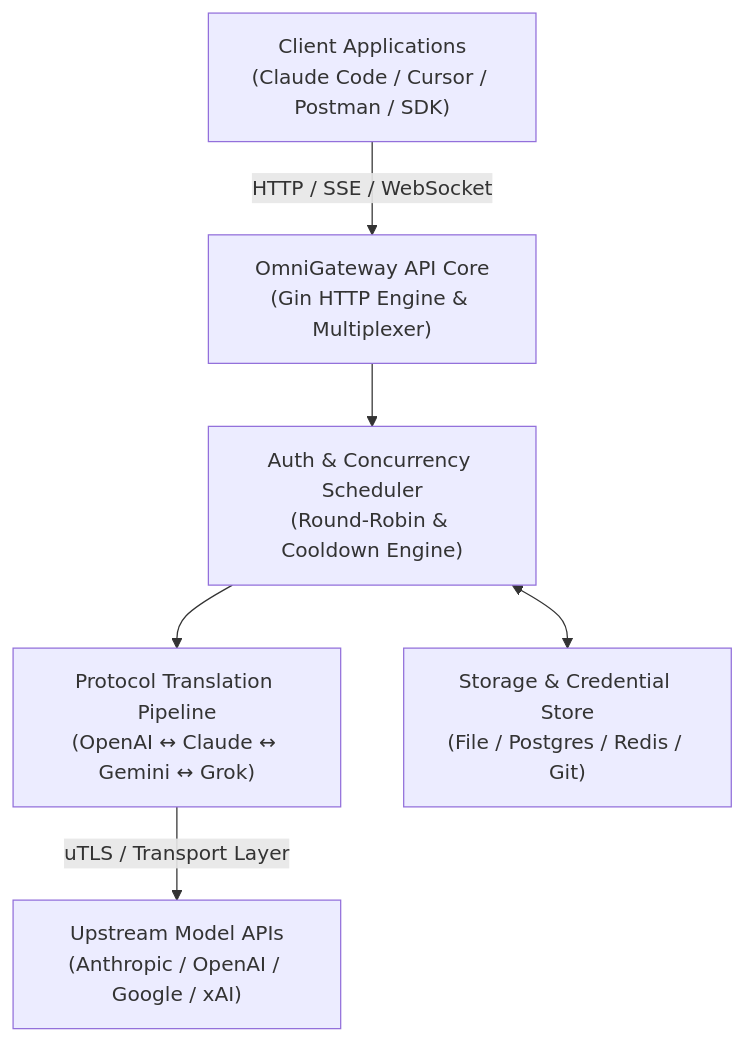
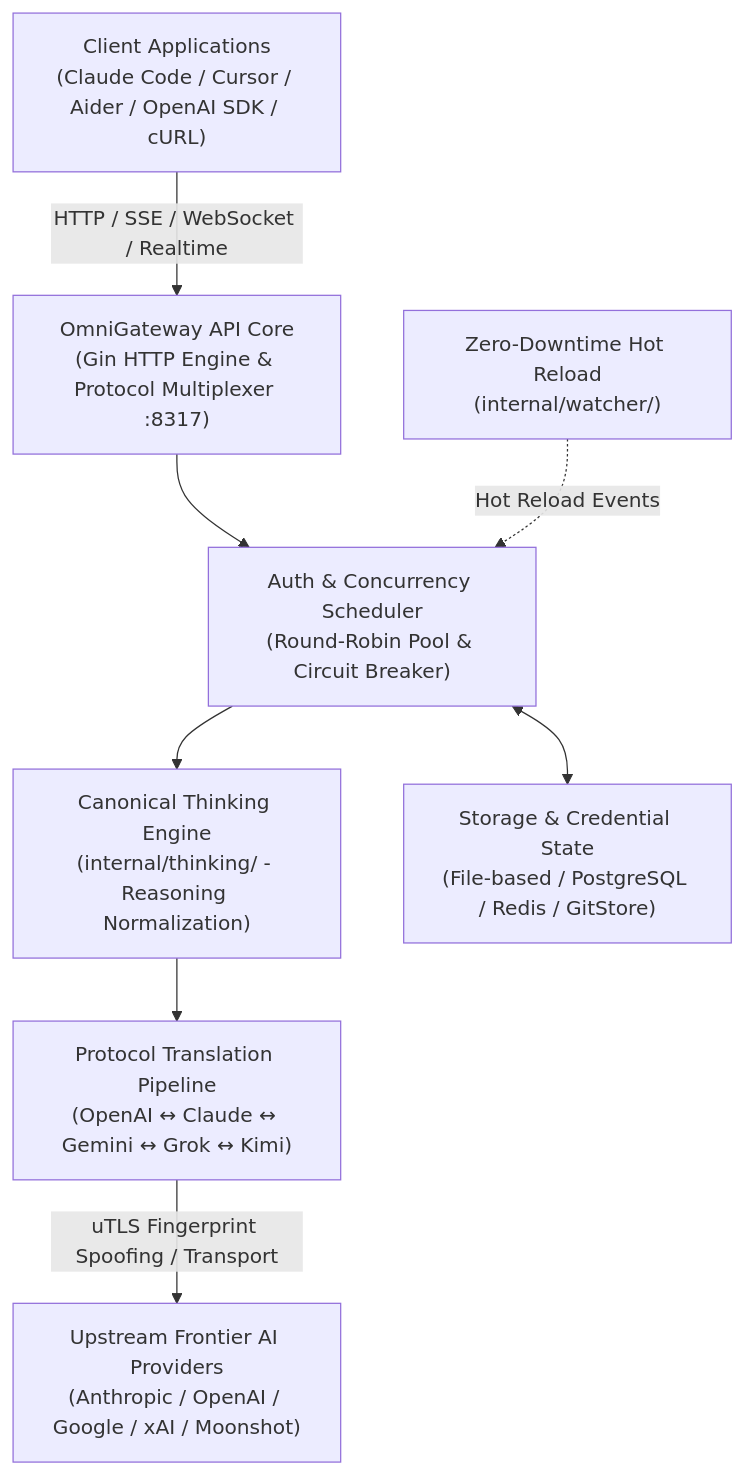
The diagram in README.md (omen18/OmniGatewayAPI), drawn with Mermaid before and after one commit. The commit also changed other lines of this file, not shown here.

Commit message:
docs: revamp README with comprehensive architecture, features, and setup guide

````diff
--- a/README.md
+++ b/README.md
@@ -24,15 +45,19 @@
 ```mermaid
 graph TD
-    Client["Client Applications\n(Claude Code / Cursor / Postman / SDK)"]
-    Gateway["OmniGateway API Core\n(Gin HTTP Engine & Multiplexer)"]
-    AuthConductor["Auth & Concurrency Scheduler\n(Round-Robin & Cooldown Engine)"]
-    Translator["Protocol Translation Pipeline\n(OpenAI ↔ Claude ↔ Gemini ↔ Grok)"]
-    Storage["Storage & Credential Store\n(File / Postgres / Redis / Git)"]
-    Upstream["Upstream Model APIs\n(Anthropic / OpenAI / Google / xAI)"]
+    Client["Client Applications\n(Claude Code / Cursor / Aider / OpenAI SDK / cURL)"]
+    Gateway["OmniGateway API Core\n(Gin HTTP Engine & Protocol Multiplexer :8317)"]
+    AuthConductor["Auth & Concurrency Scheduler\n(Round-Robin Pool & Circuit Breaker)"]
+    Thinking["Canonical Thinking Engine\n(internal/thinking/ - Reasoning Normalization)"]
+    Translator["Protocol Translation Pipeline\n(OpenAI ↔ Claude ↔ Gemini ↔ Grok ↔ Kimi)"]
+    Storage["Storage & Credential State\n(File-based / PostgreSQL / Redis / GitStore)"]
+    Watcher["Zero-Downtime Hot Reload\n(internal/watcher/)"]
+    Upstream["Upstream Frontier AI Providers\n(Anthropic / OpenAI / Google / xAI / Moonshot)"]
 
-    Client -->|HTTP / SSE / WebSocket| Gateway
+    Client -->|HTTP / SSE / WebSocket / Realtime| Gateway
     Gateway --> AuthConductor
-    AuthConductor --> Translator
     AuthConductor <--> Storage
-    Translator -->|uTLS / Transport Layer| Upstream
+    AuthConductor --> Thinking
+    Thinking --> Translator
+    Watcher -.->|Hot Reload Events| AuthConductor
+    Translator -->|uTLS Fingerprint Spoofing / Transport| Upstream
 ```
````
